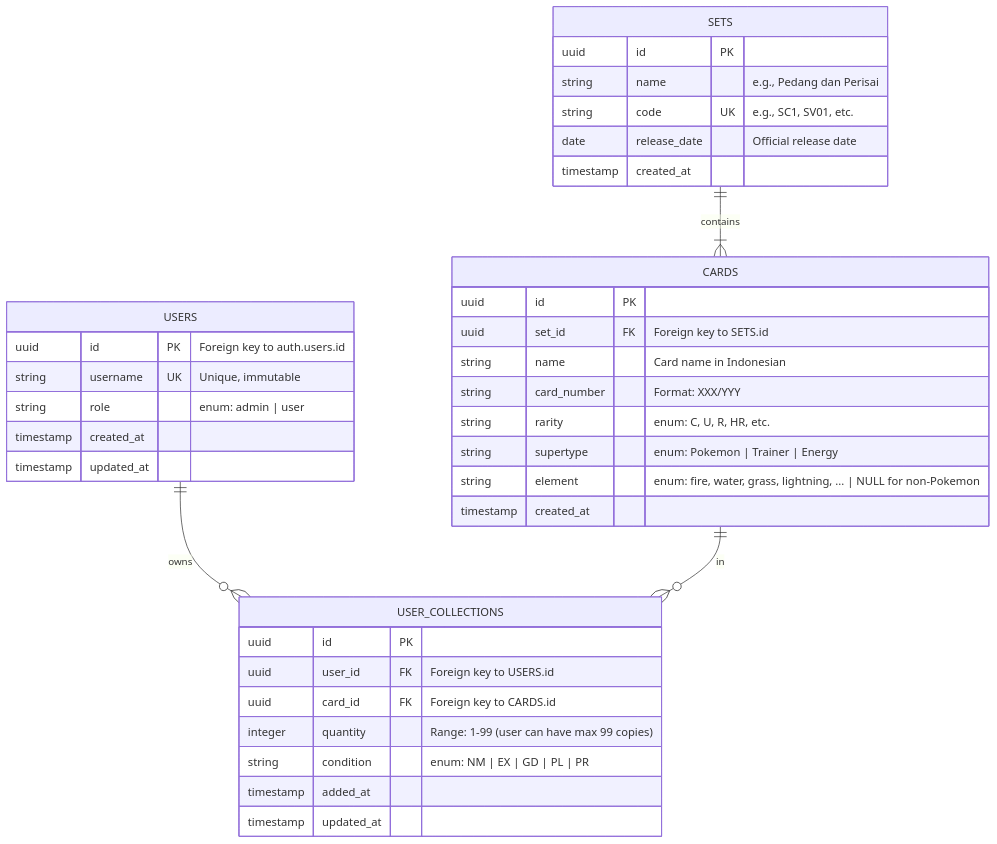
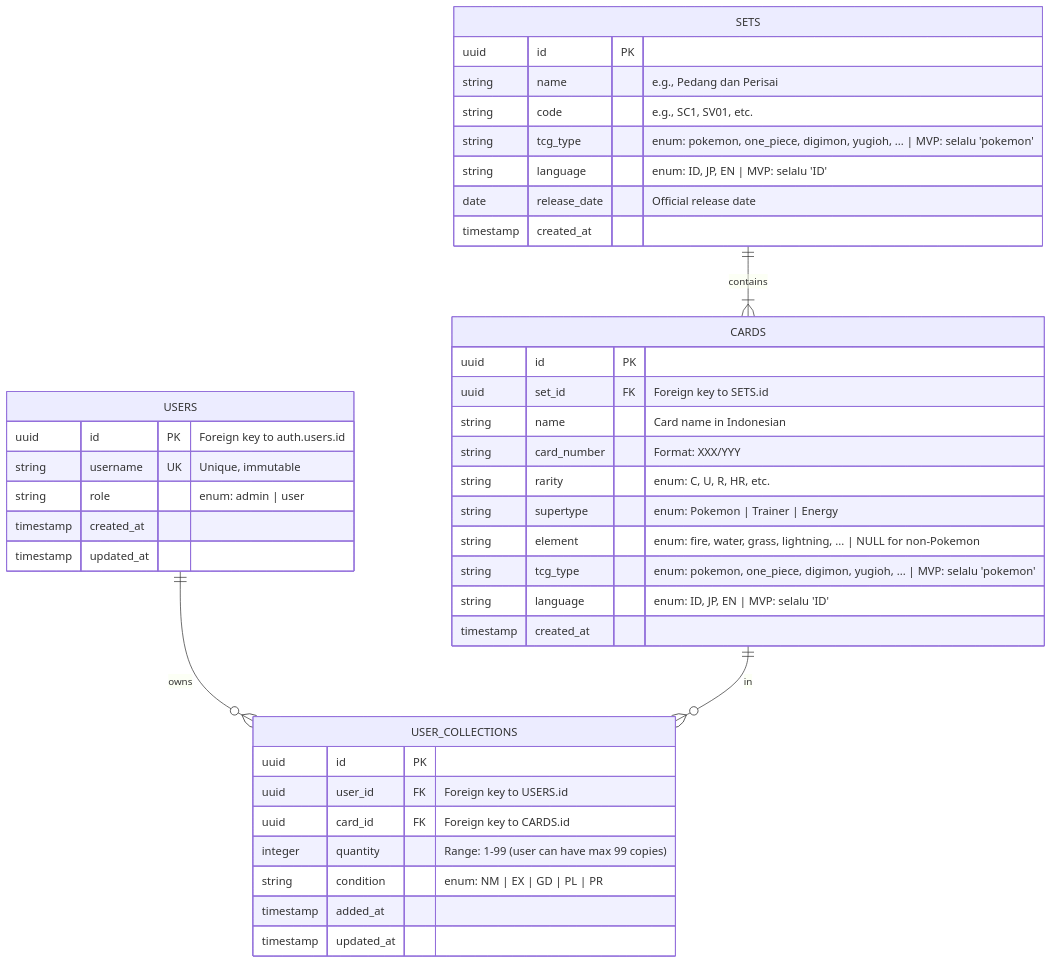
Before and after one commit to waidke/arkadex-app: the second of 4 diagrams in docs/04-engineering/tdd-arkadex.md, drawn with Mermaid. The commit also changed other lines of this file and 1 other file, not shown here.

Commit message:
docs: update PRD and TDD to support multi-TCG and multi-language capabilities

````diff
--- a/docs/04-engineering/tdd-arkadex.md
+++ b/docs/04-engineering/tdd-arkadex.md
@@ -155,43 +168,47 @@
 ```mermaid
 erDiagram
     USERS {
         uuid id PK "Foreign key to auth.users.id"
         string username UK "Unique, immutable"
         string role "enum: admin | user"
         timestamp created_at
         timestamp updated_at
     }
 
     SETS {
         uuid id PK
         string name "e.g., Pedang dan Perisai"
-        string code UK "e.g., SC1, SV01, etc."
+        string code "e.g., SC1, SV01, etc."
+        string tcg_type "enum: pokemon, one_piece, digimon, yugioh, ... | MVP: selalu 'pokemon'"
+        string language "enum: ID, JP, EN | MVP: selalu 'ID'"
         date release_date "Official release date"
         timestamp created_at
     }
 
     CARDS {
         uuid id PK
         uuid set_id FK "Foreign key to SETS.id"
         string name "Card name in Indonesian"
         string card_number "Format: XXX/YYY"
         string rarity "enum: C, U, R, HR, etc."
         string supertype "enum: Pokemon | Trainer | Energy"
         string element "enum: fire, water, grass, lightning, ... | NULL for non-Pokemon"
+        string tcg_type "enum: pokemon, one_piece, digimon, yugioh, ... | MVP: selalu 'pokemon'"
+        string language "enum: ID, JP, EN | MVP: selalu 'ID'"
         timestamp created_at
     }
 
     USER_COLLECTIONS {
         uuid id PK
         uuid user_id FK "Foreign key to USERS.id"
         uuid card_id FK "Foreign key to CARDS.id"
         integer quantity "Range: 1-99 (user can have max 99 copies)"
         string condition "enum: NM | EX | GD | PL | PR"
         timestamp added_at
         timestamp updated_at
     }
 
     USERS ||--o{ USER_COLLECTIONS : "owns"
     CARDS ||--o{ USER_COLLECTIONS : "in"
     SETS ||--|{ CARDS : "contains"
 ```
````
